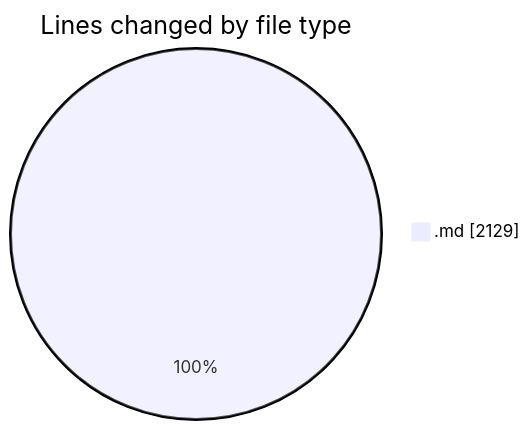
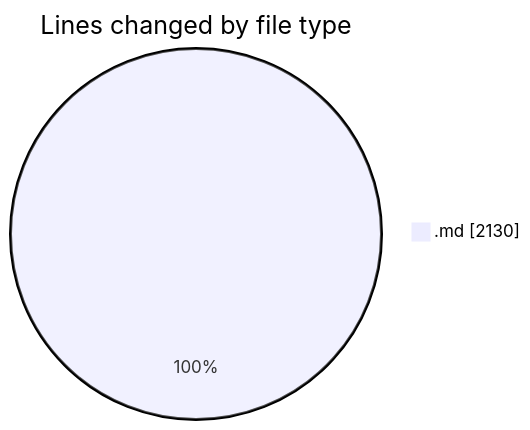
Before and after one commit to Ritupan-Deka/code-tracking: the first of 2 diagrams in 2025-07-07/urlwebwala_intership_work/README.md, drawn with Mermaid. The commit also changed other lines of this file and 1 other file, not shown here.

````diff
--- a/2025-07-07/urlwebwala_intership_work/README.md
+++ b/2025-07-07/urlwebwala_intership_work/README.md
@@ -22,5 +22,5 @@
 ```mermaid
 pie showData
 title Lines changed by file type
-".md" : 2129
+".md" : 2130
 ```
````
